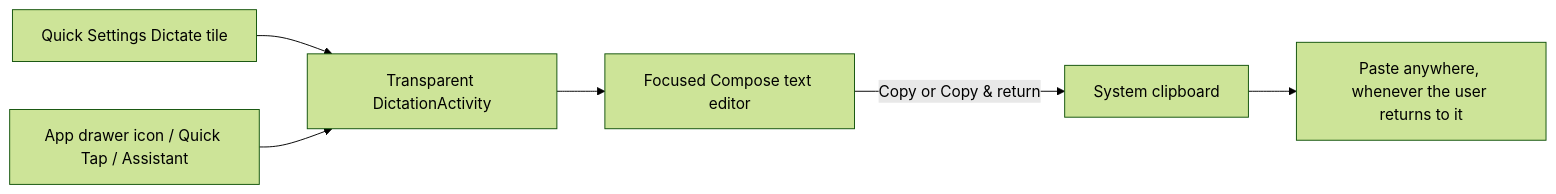
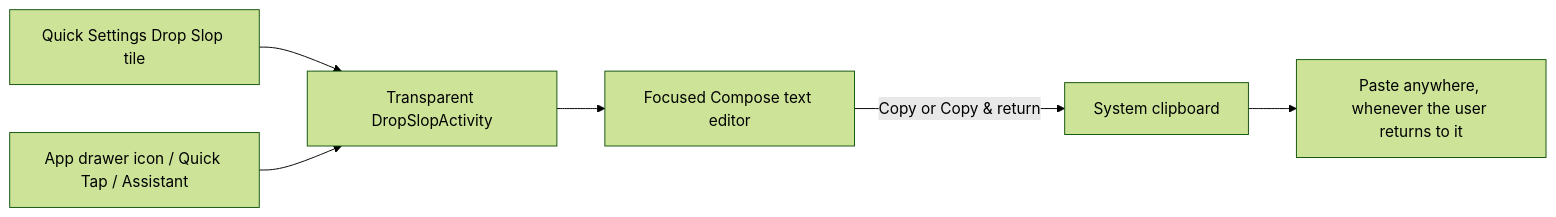
Before and after one commit to eggmasonvalue/slopstack: the diagram in context/MAP.md, drawn with Mermaid (forest theme). The commit also changed other lines of this file and 17 other files, not shown here.

First line of the commit message:
Rename Dictate -> Drop Slop, adaptive stack-glyph icon, fix popup/keyboard overlap

````diff
--- a/context/MAP.md
+++ b/context/MAP.md
@@ -23,8 +23,8 @@
 ```mermaid
 flowchart LR
-  QS[Quick Settings Dictate tile] --> Activity[Transparent DictationActivity]
+  QS[Quick Settings Drop Slop tile] --> Activity[Transparent DropSlopActivity]
   Launcher[App drawer icon / Quick Tap / Assistant] --> Activity
   Activity --> Editor[Focused Compose text editor]
   Editor -->|Copy or Copy & return| Clipboard[System clipboard]
   Clipboard --> Paste[Paste anywhere, whenever the user returns to it]
 ```
````
